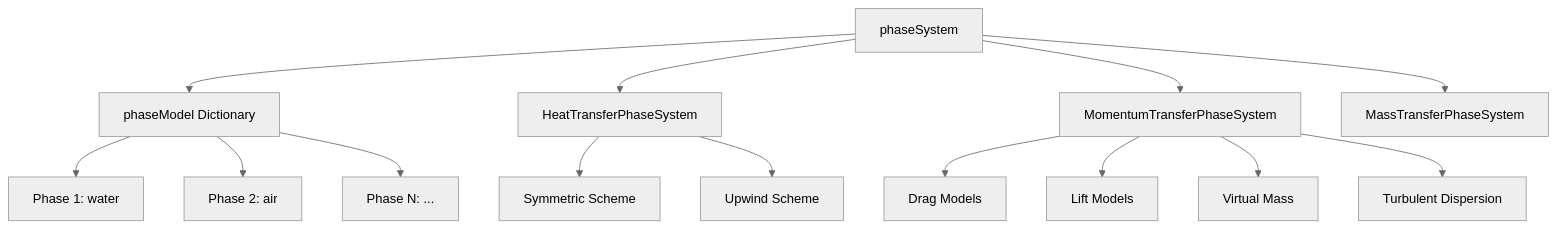
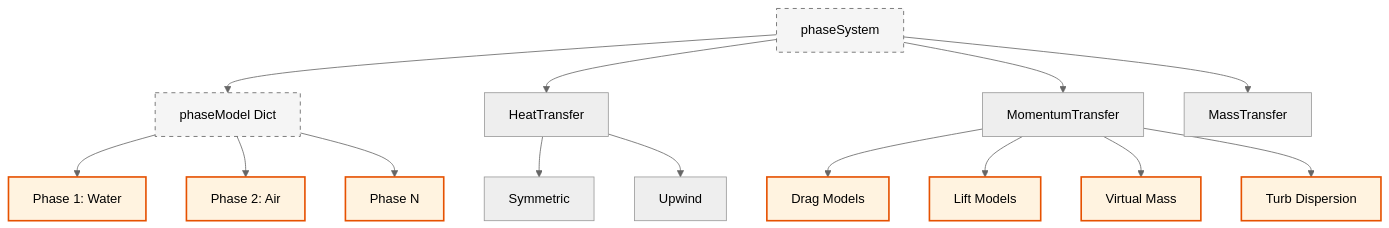
One commit to wramet/build-my-cfd changed the first of 2 diagrams in MODULE_04_MULTIPHASE_FUNDAMENTALS/CONTENT/09_IMPLEMENTATION_ARCHITECTURE/00_Overview.md. Above: the diagram before and after it, drawn with Mermaid (neutral theme). The commit also changed other lines of this file and 313 other files, not shown here.

Commit message:
Revise all diagram

````diff
--- a/MODULE_04_MULTIPHASE_FUNDAMENTALS/CONTENT/09_IMPLEMENTATION_ARCHITECTURE/00_Overview.md
+++ b/MODULE_04_MULTIPHASE_FUNDAMENTALS/CONTENT/09_IMPLEMENTATION_ARCHITECTURE/00_Overview.md
@@ -129,19 +129,19 @@
 ```mermaid
 flowchart TD
-    A[phaseSystem] --> B[phaseModel Dictionary]
-    A --> C[HeatTransferPhaseSystem]
-    A --> D[MomentumTransferPhaseSystem]
-    A --> E[MassTransferPhaseSystem]
-
-    B --> B1[Phase 1: water]
-    B --> B2[Phase 2: air]
-    B --> B3[Phase N: ...]
-
-    C --> C1[Symmetric Scheme]
-    C --> C2[Upwind Scheme]
-
-    D --> D1[Drag Models]
-    D --> D2[Lift Models]
-    D --> D3[Virtual Mass]
-    D --> D4[Turbulent Dispersion]
+classDef implicit fill:#e1f5fe,stroke:#01579b,stroke-width:2px,color:#000
+classDef explicit fill:#fff3e0,stroke:#e65100,stroke-width:2px,color:#000
+classDef context fill:#f5f5f5,stroke:#616161,stroke-width:1px,color:#000,stroke-dasharray: 5 5
+A[phaseSystem]:::context --> B[phaseModel Dict]:::context
+A --> C[HeatTransfer]
+A --> D[MomentumTransfer]
+A --> E[MassTransfer]
+B --> B1[Phase 1: Water]:::explicit
+B --> B2[Phase 2: Air]:::explicit
+B --> B3[Phase N]:::explicit
+C --> C1[Symmetric]
+C --> C2[Upwind]
+D --> D1[Drag Models]:::explicit
+D --> D2[Lift Models]:::explicit
+D --> D3[Virtual Mass]:::explicit
+D --> D4[Turb Dispersion]:::explicit
 ```
````
